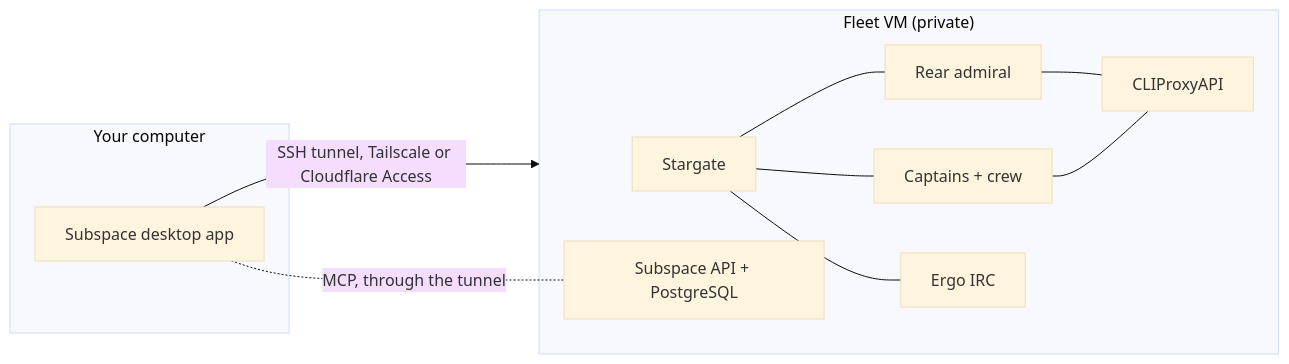
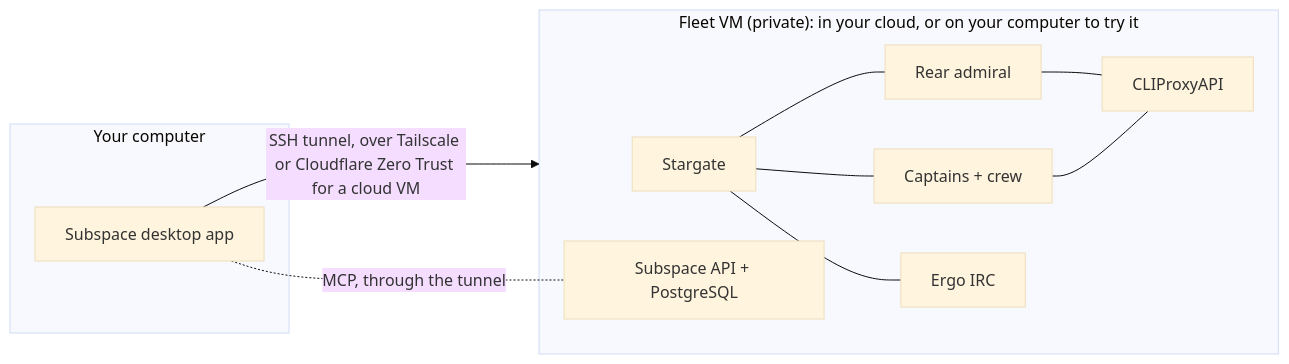
One commit to aiconsultancy/subspace changed the diagram in INSTALL.md. Above: the diagram before and after it, drawn with Mermaid (base theme). The commit also changed other lines of this file and 1 other file, not shown here.

First line of the commit message:
docs(install): recommend a cloud VM on a private network, and say how to create one

````diff
--- a/INSTALL.md
+++ b/INSTALL.md
@@ -44,19 +53,19 @@
 ```mermaid
 flowchart LR
   subgraph You["Your computer"]
     D[Subspace desktop app]
   end
-  subgraph VM["Fleet VM (private)"]
+  subgraph VM["Fleet VM (private): in your cloud, or on your computer to try it"]
     SG[Stargate]
     RA[Rear admiral]
     C[Captains + crew]
     P[CLIProxyAPI]
     API[Subspace API + PostgreSQL]
     IRC[Ergo IRC]
   end
-  D -- "SSH tunnel, Tailscale or Cloudflare Access" --> VM
+  D -- "SSH tunnel, over Tailscale or Cloudflare Zero Trust for a cloud VM" --> VM
   SG --- RA & C
   SG --- IRC
   RA & C --- P
   D -. "MCP, through the tunnel" .- API
 ```
````
